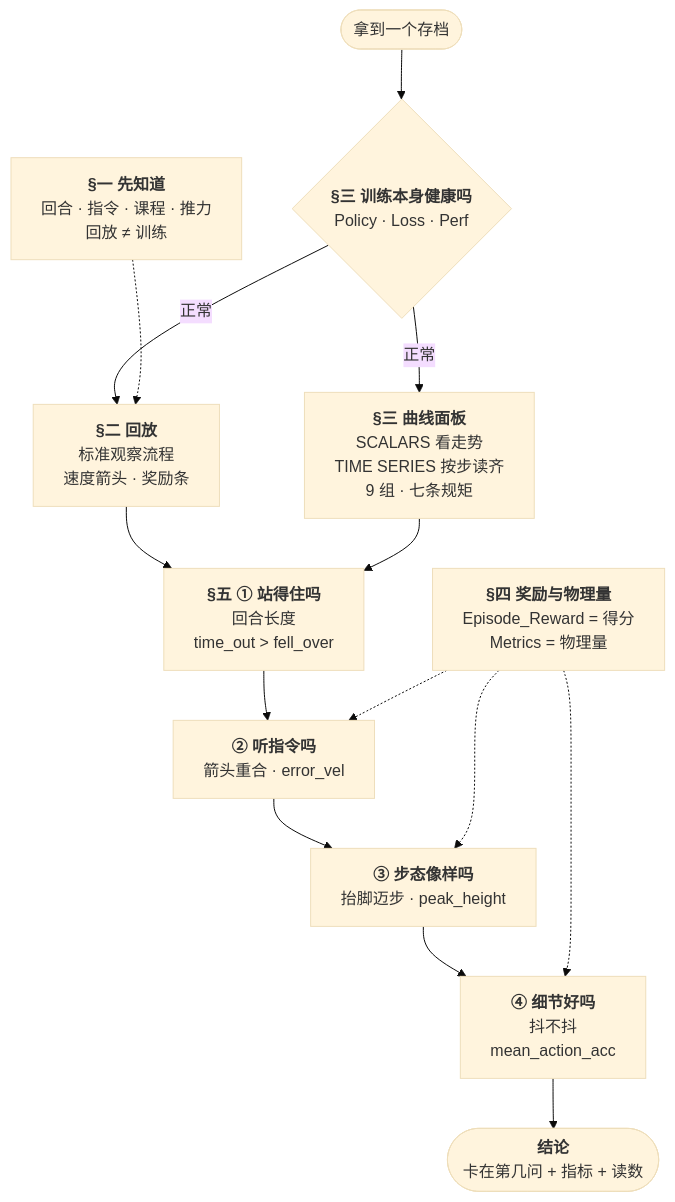
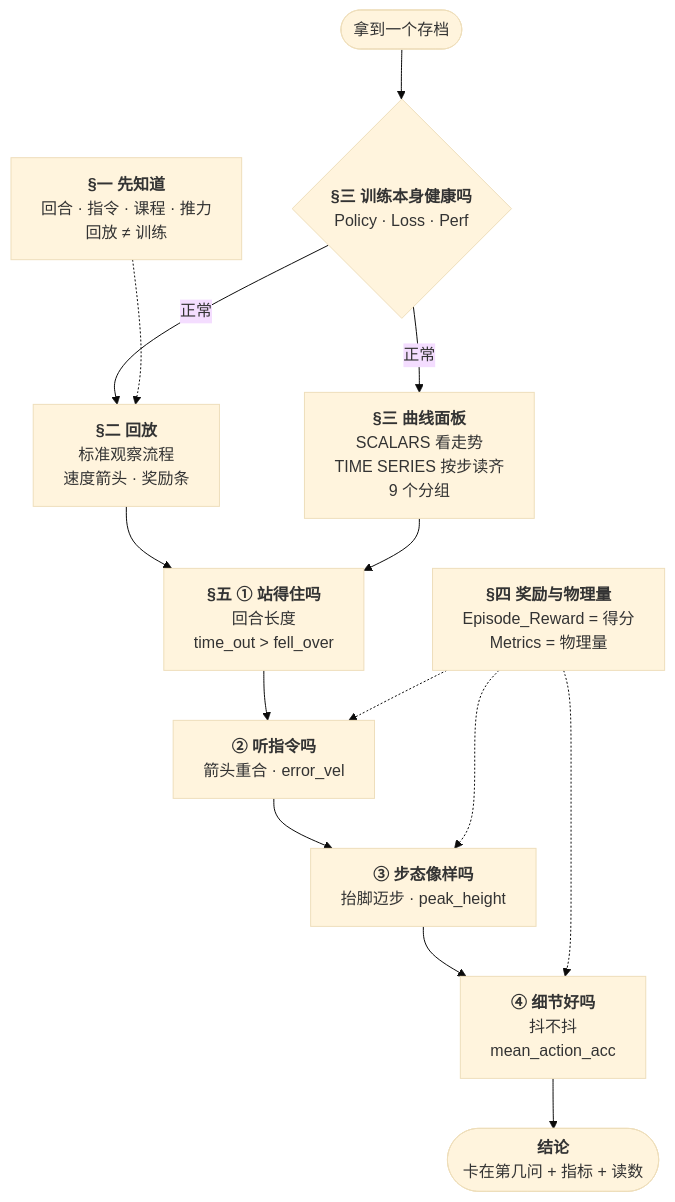
The diagram in experiments/stage1_map.md (tunghsingw/robolab), drawn with Mermaid (base theme) before and after one commit. The commit also changed 2 other files, not shown here.

Commit message:
阶段 1 第三节:曲线面板按分组拆成小标题,每组写明纵轴含义、读法和本 run 读数;通用规矩单列;练习 5、6 按章节顺序对调

````diff
--- a/experiments/stage1_map.md
+++ b/experiments/stage1_map.md
@@ -3,25 +3,25 @@
 ```mermaid
 flowchart TB
   ck(["拿到一个存档"])
   bg["<b>§一 先知道</b><br/>回合 · 指令 · 课程 · 推力<br/>回放 ≠ 训练"]
   health{"<b>§三 训练本身健康吗</b><br/>Policy · Loss · Perf"}
   play["<b>§二 回放</b><br/>标准观察流程<br/>速度箭头 · 奖励条"]
-  curve["<b>§三 曲线面板</b><br/>SCALARS 看走势<br/>TIME SERIES 按步读齐<br/>9 组 · 七条规矩"]
+  curve["<b>§三 曲线面板</b><br/>SCALARS 看走势<br/>TIME SERIES 按步读齐<br/>9 个分组"]
   rew["<b>§四 奖励与物理量</b><br/>Episode_Reward = 得分<br/>Metrics = 物理量"]
   q1["<b>§五 ① 站得住吗</b><br/>回合长度<br/>time_out > fell_over"]
   q2["<b>② 听指令吗</b><br/>箭头重合 · error_vel"]
   q3["<b>③ 步态像样吗</b><br/>抬脚迈步 · peak_height"]
   q4["<b>④ 细节好吗</b><br/>抖不抖<br/>mean_action_acc"]
   out(["<b>结论</b><br/>卡在第几问 + 指标 + 读数"])
 
   ck --> health
   health -- 正常 --> play
   health -- 正常 --> curve
   bg -.-> play
   play --> q1
   curve --> q1
   q1 --> q2 --> q3 --> q4 --> out
   rew -.-> q2
   rew -.-> q3
   rew -.-> q4
 ```
````
